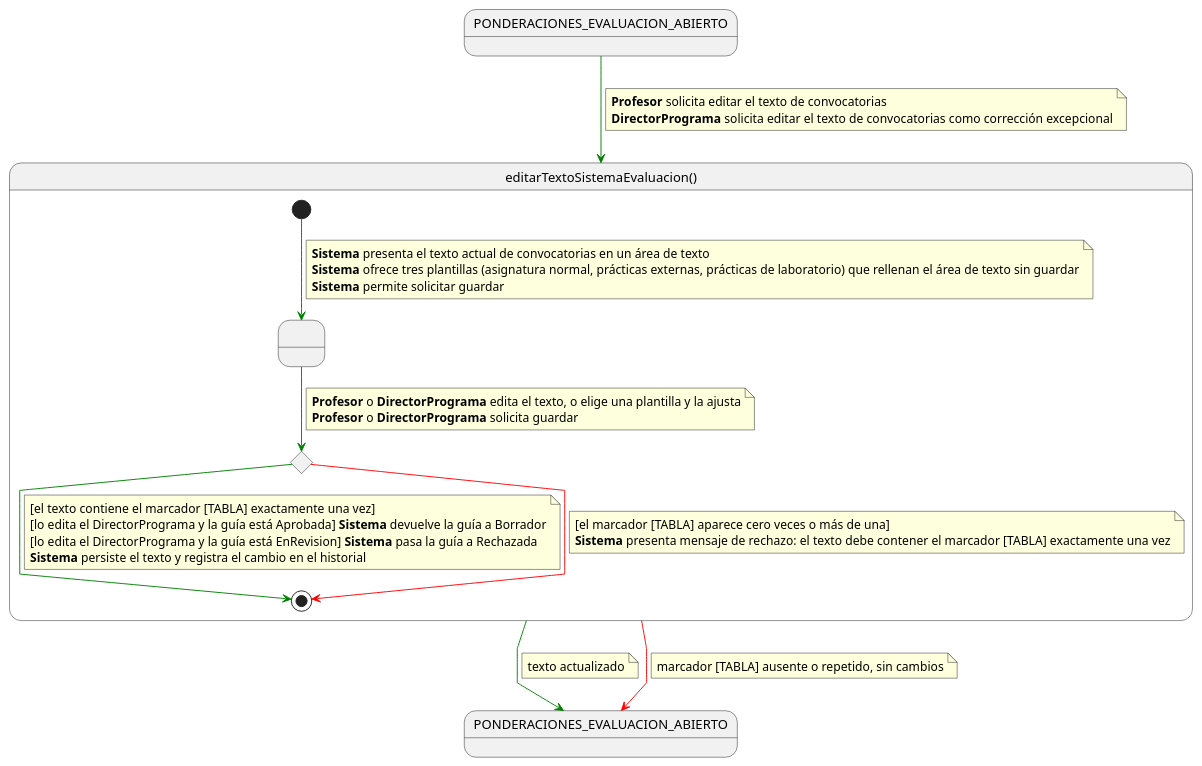
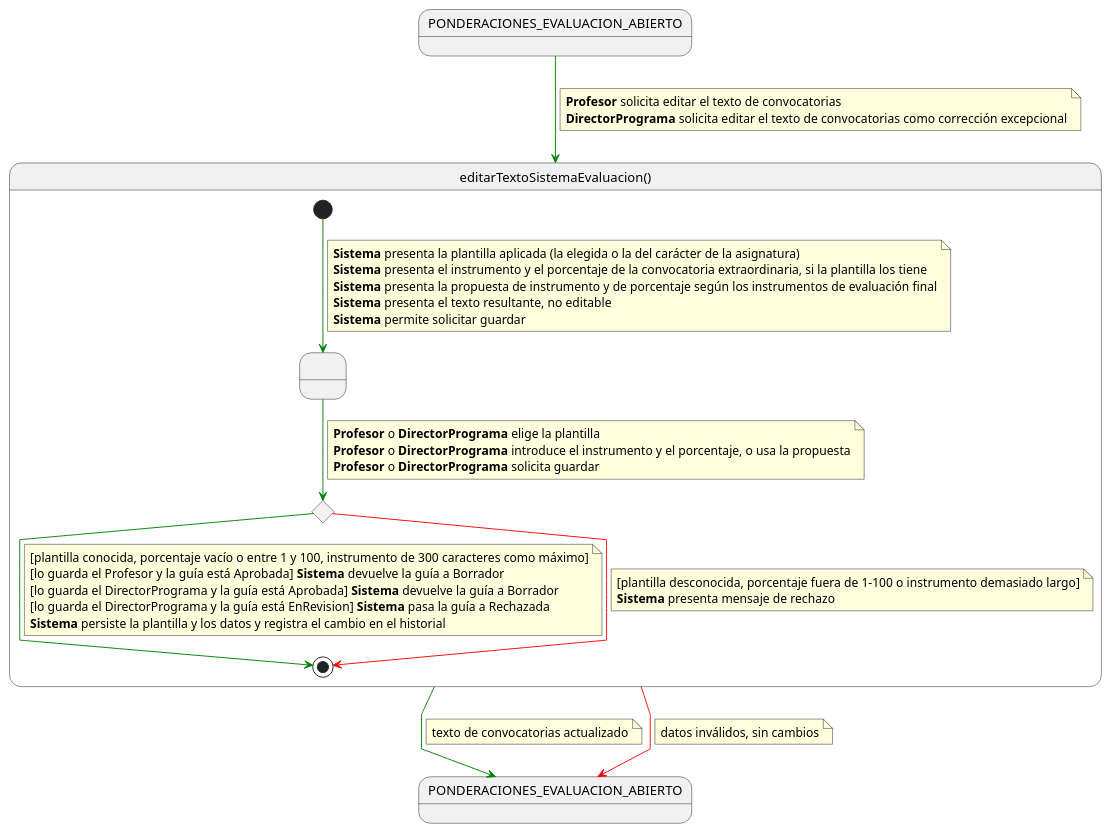
The diagram in RUP/01-requisitos/03-detalle-casos-uso/editarTextoSistemaEvaluacion/especificacion.puml (mmasias/pyCeldaPublico), drawn with PlantUML before and after one commit. The commit also changed 115 other files, not shown here.

First line of the commit message:
docs: sincroniza el subconjunto público con pyCelda 2583a494 (esquema 6, plantillas de convocatoria y planificación en PDF, v0.11.44)

```diff
--- a/RUP/01-requisitos/03-detalle-casos-uso/editarTextoSistemaEvaluacion/especificacion.puml
+++ b/RUP/01-requisitos/03-detalle-casos-uso/editarTextoSistemaEvaluacion/especificacion.puml
@@ -1,57 +1,61 @@
 @startuml editarTextoSistemaEvaluacion
 
 skinparam linetype polyline
 
 state PONDERACIONES_EVALUACION_ABIERTO
 state PONDERACIONES_EVALUACION_ABIERTO_SALIDA as "PONDERACIONES_EVALUACION_ABIERTO"
 
 PONDERACIONES_EVALUACION_ABIERTO -[#green]-> editarTextoSistemaEvaluacion
 note on link
 <b>Profesor</b> solicita editar el texto de convocatorias
 <b>DirectorPrograma</b> solicita editar el texto de convocatorias como corrección excepcional
 end note
 
 state editarTextoSistemaEvaluacion as "editarTextoSistemaEvaluacion()" {
 
-    state " " as EditandoTexto
+    state " " as EligiendoPlantilla
     state c <<choice>>
 
-    [*] -[#green]-> EditandoTexto
+    [*] -[#green]-> EligiendoPlantilla
     note on link
-    <b>Sistema</b> presenta el texto actual de convocatorias en un área de texto
-    <b>Sistema</b> ofrece tres plantillas (asignatura normal, prácticas externas, prácticas de laboratorio) que rellenan el área de texto sin guardar
+    <b>Sistema</b> presenta la plantilla aplicada (la elegida o la del carácter de la asignatura)
+    <b>Sistema</b> presenta el instrumento y el porcentaje de la convocatoria extraordinaria, si la plantilla los tiene
+    <b>Sistema</b> presenta la propuesta de instrumento y de porcentaje según los instrumentos de evaluación final
+    <b>Sistema</b> presenta el texto resultante, no editable
     <b>Sistema</b> permite solicitar guardar
     end note
 
-    EditandoTexto -[#green]-> c
+    EligiendoPlantilla -[#green]-> c
     note on link
-    <b>Profesor</b> o <b>DirectorPrograma</b> edita el texto, o elige una plantilla y la ajusta
+    <b>Profesor</b> o <b>DirectorPrograma</b> elige la plantilla
+    <b>Profesor</b> o <b>DirectorPrograma</b> introduce el instrumento y el porcentaje, o usa la propuesta
     <b>Profesor</b> o <b>DirectorPrograma</b> solicita guardar
     end note
 
     c -[#green]-> [*]
     note on link
-    [el texto contiene el marcador [TABLA] exactamente una vez]
-    [lo edita el DirectorPrograma y la guía está Aprobada] <b>Sistema</b> devuelve la guía a Borrador
-    [lo edita el DirectorPrograma y la guía está EnRevision] <b>Sistema</b> pasa la guía a Rechazada
-    <b>Sistema</b> persiste el texto y registra el cambio en el historial
+    [plantilla conocida, porcentaje vacío o entre 1 y 100, instrumento de 300 caracteres como máximo]
+    [lo guarda el Profesor y la guía está Aprobada] <b>Sistema</b> devuelve la guía a Borrador
+    [lo guarda el DirectorPrograma y la guía está Aprobada] <b>Sistema</b> devuelve la guía a Borrador
+    [lo guarda el DirectorPrograma y la guía está EnRevision] <b>Sistema</b> pasa la guía a Rechazada
+    <b>Sistema</b> persiste la plantilla y los datos y registra el cambio en el historial
     end note
 
     c -[#red]-> [*]
     note on link
-    [el marcador [TABLA] aparece cero veces o más de una]
-    <b>Sistema</b> presenta mensaje de rechazo: el texto debe contener el marcador [TABLA] exactamente una vez
+    [plantilla desconocida, porcentaje fuera de 1-100 o instrumento demasiado largo]
+    <b>Sistema</b> presenta mensaje de rechazo
     end note
 }
 
 editarTextoSistemaEvaluacion -[#green]-> PONDERACIONES_EVALUACION_ABIERTO_SALIDA
 note on link
-texto actualizado
+texto de convocatorias actualizado
 end note
 
 editarTextoSistemaEvaluacion -[#red]-> PONDERACIONES_EVALUACION_ABIERTO_SALIDA
 note on link
-marcador [TABLA] ausente o repetido, sin cambios
+datos inválidos, sin cambios
 end note
 
 @enduml
```
